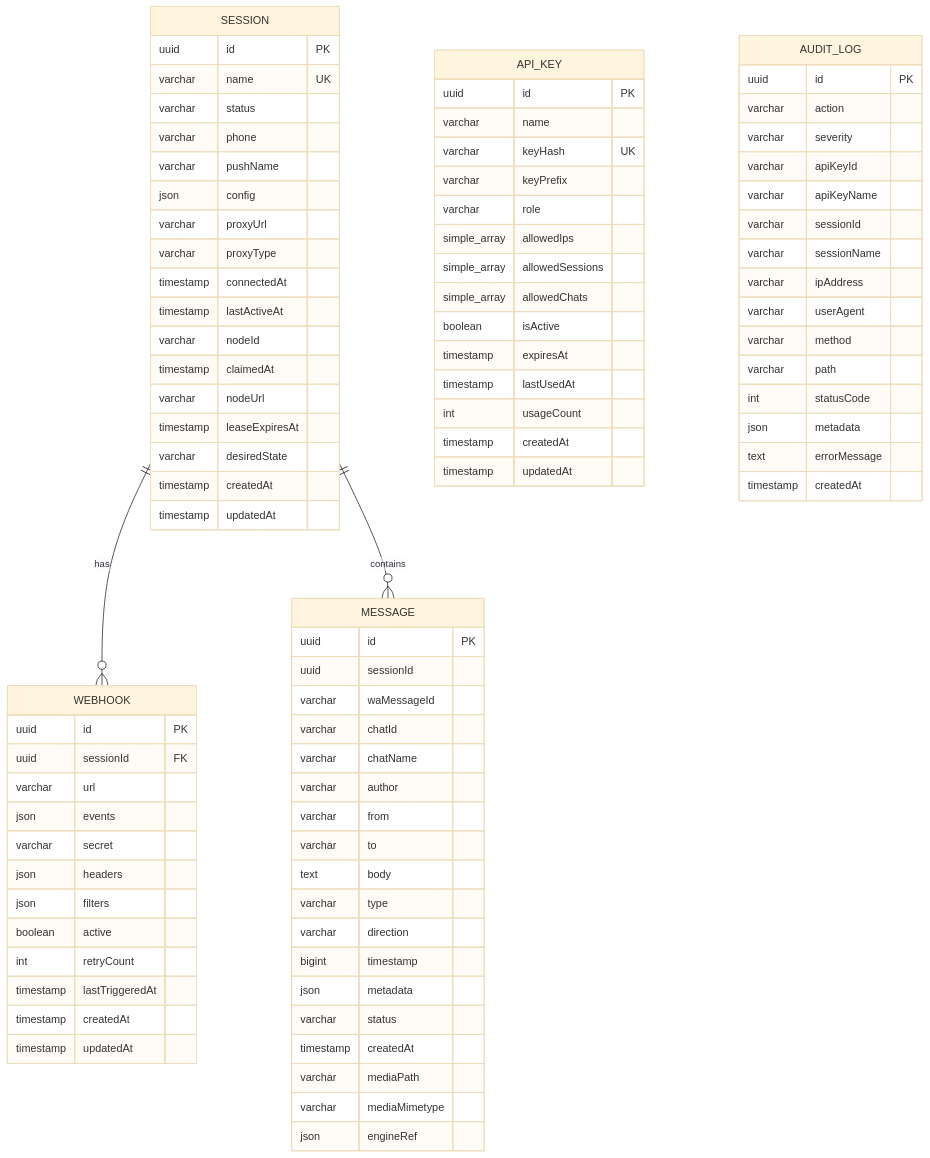
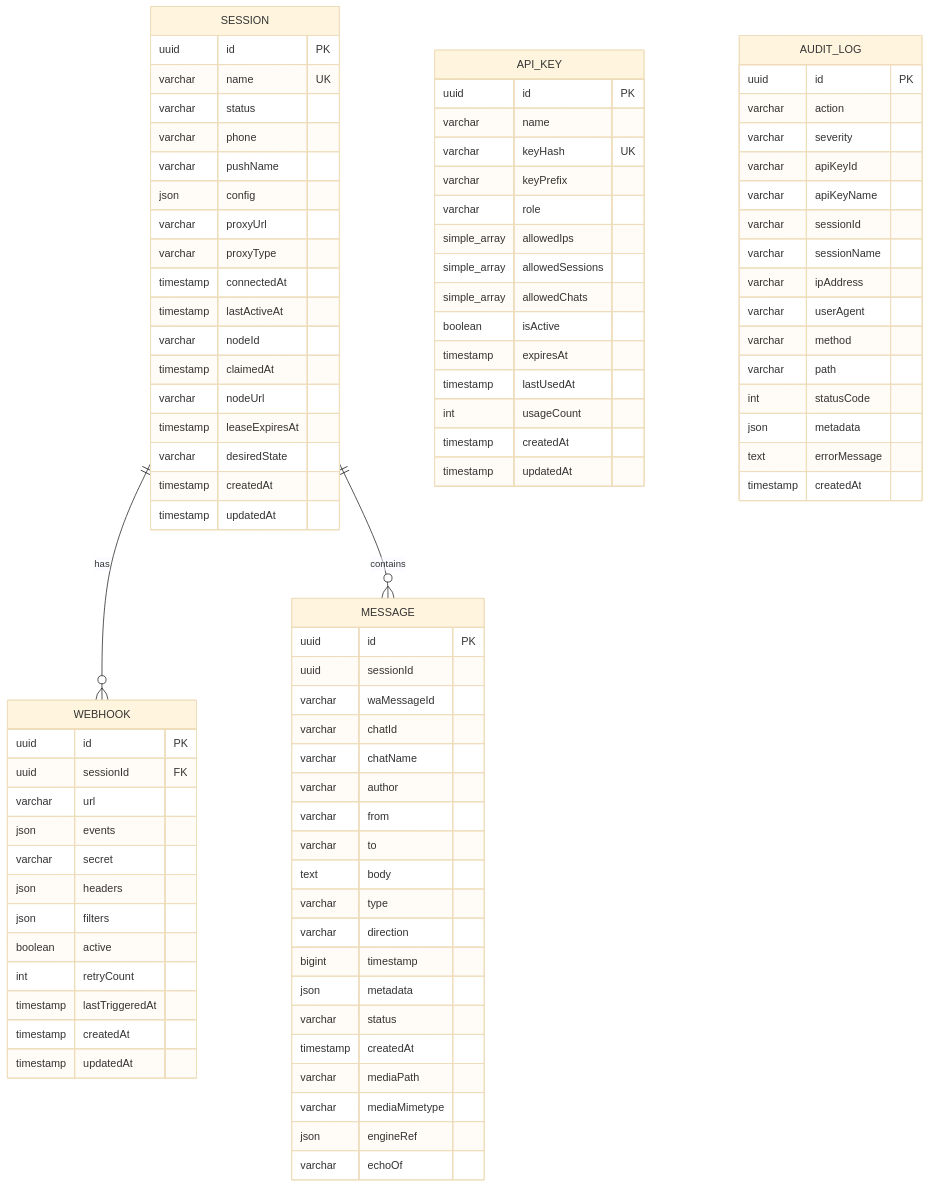
Before and after one commit to rmyndharis/OpenWA: the first of 4 diagrams in docs/05-database-design.md, drawn with Mermaid (base theme). The commit also changed other lines of this file and 11 other files, not shown here.

```diff
--- a/docs/05-database-design.md
+++ b/docs/05-database-design.md
@@ -288,6 +288,7 @@
         varchar mediaPath
         varchar mediaMimetype
         json engineRef
+        varchar echoOf
     }
 
     API_KEY {
```
